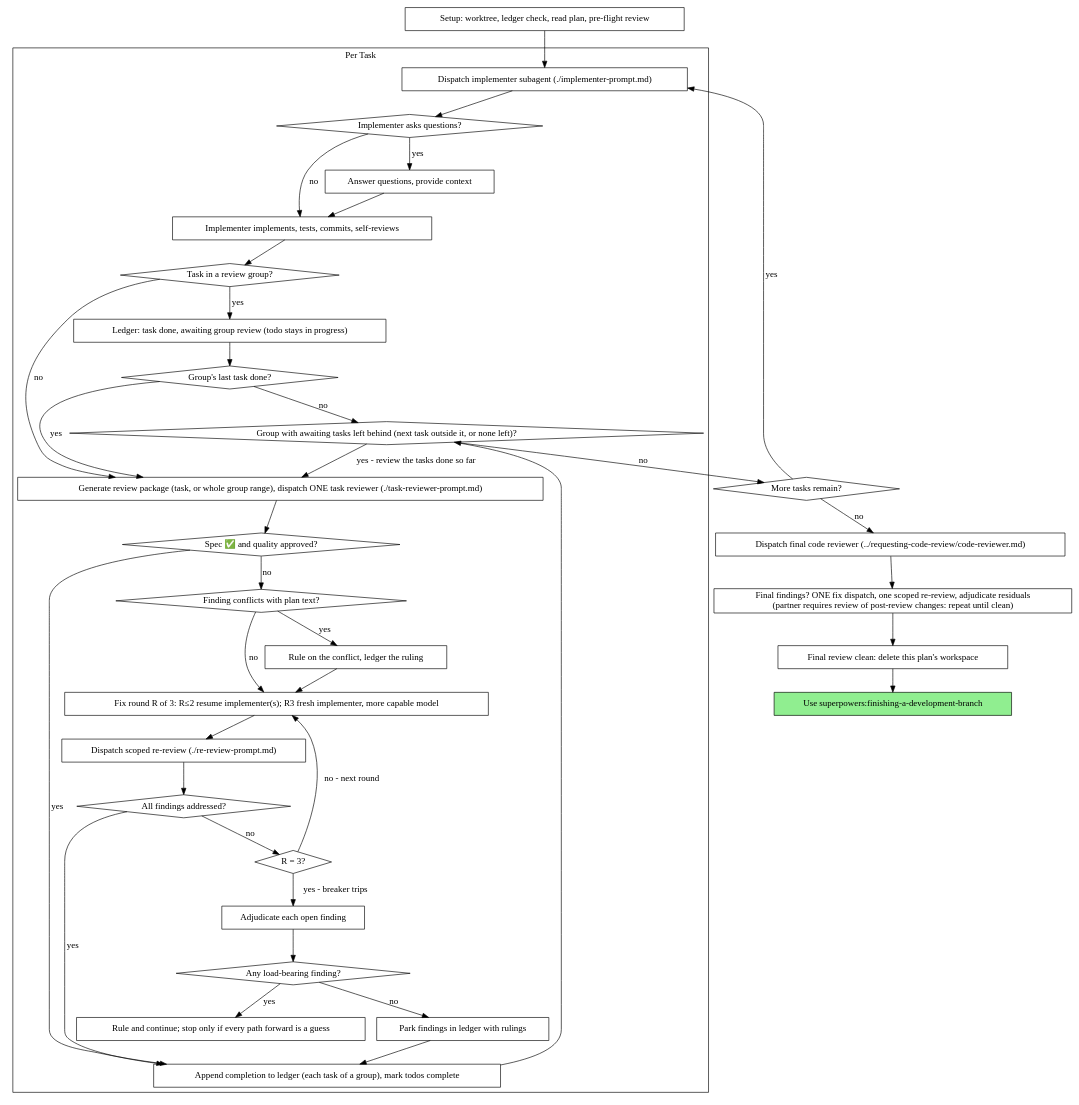
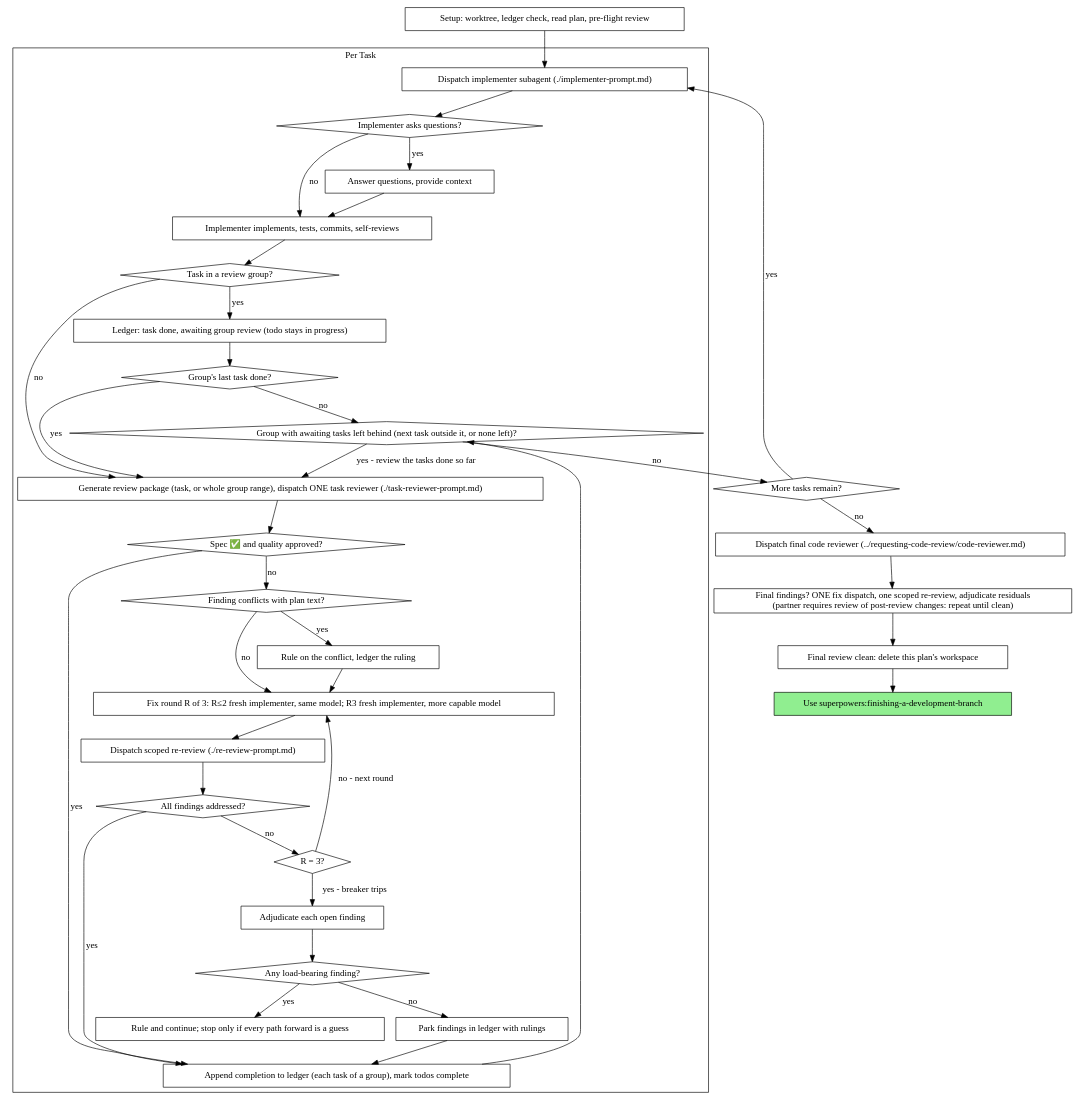
The second of 2 diagrams in skills/subagent-driven-development/SKILL.md (alkontv/superpowers), drawn with Graphviz before and after one commit. The commit also changed other lines of this file and 5 other files, not shown here.

````diff
--- a/skills/subagent-driven-development/SKILL.md
+++ b/skills/subagent-driven-development/SKILL.md
@@ -63,73 +63,73 @@
 ```dot
 digraph process {
     rankdir=TB;
 
     subgraph cluster_per_task {
         label="Per Task";
         "Dispatch implementer subagent (./implementer-prompt.md)" [shape=box];
         "Implementer asks questions?" [shape=diamond];
         "Answer questions, provide context" [shape=box];
         "Implementer implements, tests, commits, self-reviews" [shape=box];
         "Task in a review group?" [shape=diamond];
         "Ledger: task done, awaiting group review (todo stays in progress)" [shape=box];
         "Group's last task done?" [shape=diamond];
         "Group with awaiting tasks left behind (next task outside it, or none left)?" [shape=diamond];
         "Generate review package (task, or whole group range), dispatch ONE task reviewer (./task-reviewer-prompt.md)" [shape=box];
         "Spec ✅ and quality approved?" [shape=diamond];
         "Finding conflicts with plan text?" [shape=diamond];
         "Rule on the conflict, ledger the ruling" [shape=box];
-        "Fix round R of 3: R≤2 resume implementer(s); R3 fresh implementer, more capable model" [shape=box];
+        "Fix round R of 3: R≤2 fresh implementer, same model; R3 fresh implementer, more capable model" [shape=box];
         "Dispatch scoped re-review (./re-review-prompt.md)" [shape=box];
         "All findings addressed?" [shape=diamond];
         "R = 3?" [shape=diamond];
         "Adjudicate each open finding" [shape=box];
         "Any load-bearing finding?" [shape=diamond];
         "Rule and continue; stop only if every path forward is a guess" [shape=box];
         "Park findings in ledger with rulings" [shape=box];
         "Append completion to ledger (each task of a group), mark todos complete" [shape=box];
     }
 
     "Setup: worktree, ledger check, read plan, pre-flight review" [shape=box];
     "More tasks remain?" [shape=diamond];
     "Dispatch final code reviewer (../requesting-code-review/code-reviewer.md)" [shape=box];
     "Final findings? ONE fix dispatch, one scoped re-review, adjudicate residuals\n(partner requires review of post-review changes: repeat until clean)" [shape=box];
     "Final review clean: delete this plan's workspace" [shape=box];
     "Use superpowers:finishing-a-development-branch" [shape=box style=filled fillcolor=lightgreen];
 
     "Setup: worktree, ledger check, read plan, pre-flight review" -> "Dispatch implementer subagent (./implementer-prompt.md)";
     "Dispatch implementer subagent (./implementer-prompt.md)" -> "Implementer asks questions?";
     "Implementer asks questions?" -> "Answer questions, provide context" [label="yes"];
     "Answer questions, provide context" -> "Implementer implements, tests, commits, self-reviews";
     "Implementer asks questions?" -> "Implementer implements, tests, commits, self-reviews" [label="no"];
     "Implementer implements, tests, commits, self-reviews" -> "Task in a review group?";
     "Task in a review group?" -> "Ledger: task done, awaiting group review (todo stays in progress)" [label="yes"];
     "Ledger: task done, awaiting group review (todo stays in progress)" -> "Group's last task done?";
     "Group's last task done?" -> "Generate review package (task, or whole group range), dispatch ONE task reviewer (./task-reviewer-prompt.md)" [label="yes"];
     "Group's last task done?" -> "Group with awaiting tasks left behind (next task outside it, or none left)?" [label="no"];
     "Task in a review group?" -> "Generate review package (task, or whole group range), dispatch ONE task reviewer (./task-reviewer-prompt.md)" [label="no"];
     "Generate review package (task, or whole group range), dispatch ONE task reviewer (./task-reviewer-prompt.md)" -> "Spec ✅ and quality approved?";
     "Spec ✅ and quality approved?" -> "Append completion to ledger (each task of a group), mark todos complete" [label="yes"];
     "Spec ✅ and quality approved?" -> "Finding conflicts with plan text?" [label="no"];
     "Finding conflicts with plan text?" -> "Rule on the conflict, ledger the ruling" [label="yes"];
-    "Rule on the conflict, ledger the ruling" -> "Fix round R of 3: R≤2 resume implementer(s); R3 fresh implementer, more capable model";
-    "Finding conflicts with plan text?" -> "Fix round R of 3: R≤2 resume implementer(s); R3 fresh implementer, more capable model" [label="no"];
-    "Fix round R of 3: R≤2 resume implementer(s); R3 fresh implementer, more capable model" -> "Dispatch scoped re-review (./re-review-prompt.md)";
+    "Rule on the conflict, ledger the ruling" -> "Fix round R of 3: R≤2 fresh implementer, same model; R3 fresh implementer, more capable model";
+    "Finding conflicts with plan text?" -> "Fix round R of 3: R≤2 fresh implementer, same model; R3 fresh implementer, more capable model" [label="no"];
+    "Fix round R of 3: R≤2 fresh implementer, same model; R3 fresh implementer, more capable model" -> "Dispatch scoped re-review (./re-review-prompt.md)";
     "Dispatch scoped re-review (./re-review-prompt.md)" -> "All findings addressed?";
     "All findings addressed?" -> "Append completion to ledger (each task of a group), mark todos complete" [label="yes"];
     "All findings addressed?" -> "R = 3?" [label="no"];
-    "R = 3?" -> "Fix round R of 3: R≤2 resume implementer(s); R3 fresh implementer, more capable model" [label="no - next round"];
+    "R = 3?" -> "Fix round R of 3: R≤2 fresh implementer, same model; R3 fresh implementer, more capable model" [label="no - next round"];
     "R = 3?" -> "Adjudicate each open finding" [label="yes - breaker trips"];
     "Adjudicate each open finding" -> "Any load-bearing finding?";
     "Any load-bearing finding?" -> "Rule and continue; stop only if every path forward is a guess" [label="yes"];
     "Any load-bearing finding?" -> "Park findings in ledger with rulings" [label="no"];
     "Park findings in ledger with rulings" -> "Append completion to ledger (each task of a group), mark todos complete";
     "Append completion to ledger (each task of a group), mark todos complete" -> "Group with awaiting tasks left behind (next task outside it, or none left)?";
     "Group with awaiting tasks left behind (next task outside it, or none left)?" -> "Generate review package (task, or whole group range), dispatch ONE task reviewer (./task-reviewer-prompt.md)" [label="yes - review the tasks done so far"];
     "Group with awaiting tasks left behind (next task outside it, or none left)?" -> "More tasks remain?" [label="no"];
     "More tasks remain?" -> "Dispatch implementer subagent (./implementer-prompt.md)" [label="yes"];
     "More tasks remain?" -> "Dispatch final code reviewer (../requesting-code-review/code-reviewer.md)" [label="no"];
     "Dispatch final code reviewer (../requesting-code-review/code-reviewer.md)" -> "Final findings? ONE fix dispatch, one scoped re-review, adjudicate residuals\n(partner requires review of post-review changes: repeat until clean)";
     "Final findings? ONE fix dispatch, one scoped re-review, adjudicate residuals\n(partner requires review of post-review changes: repeat until clean)" -> "Final review clean: delete this plan's workspace";
     "Final review clean: delete this plan's workspace" -> "Use superpowers:finishing-a-development-branch";
 }
 ```
````
